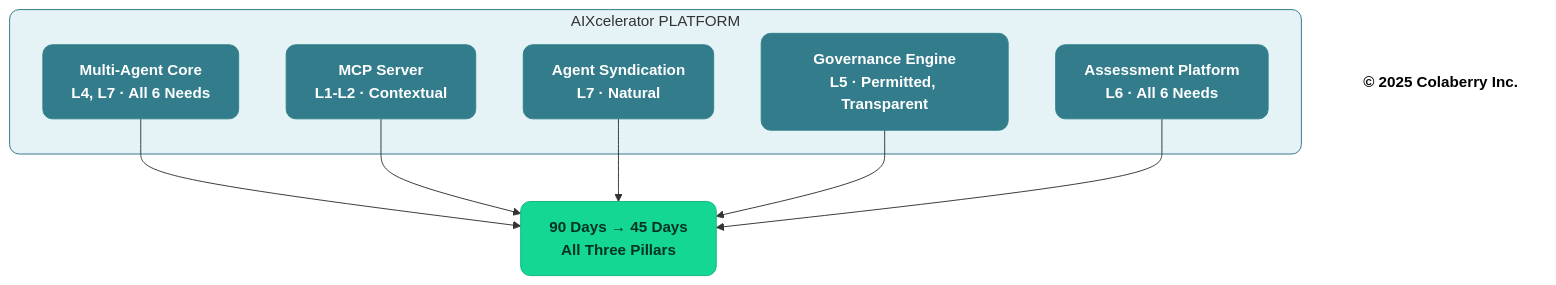
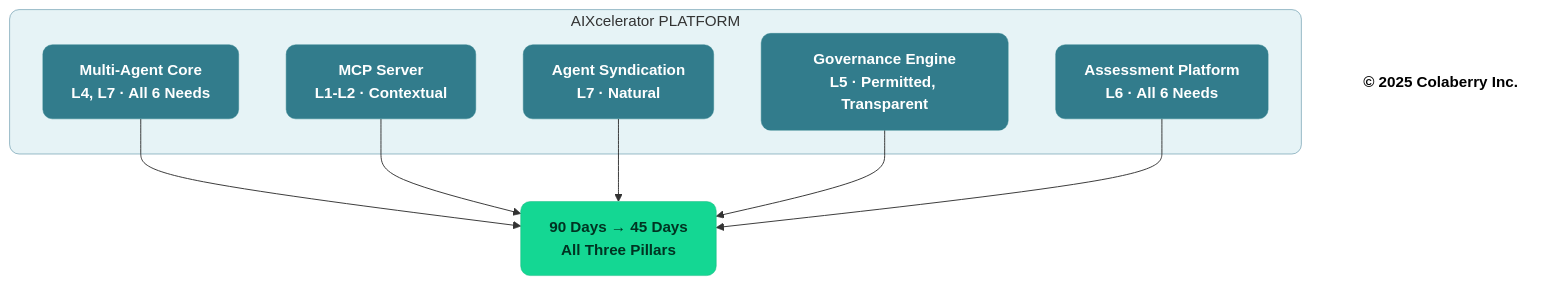
One commit to saitejesh-cyber/trust-before-intelligence-book changed the sixth of 6 diagrams in manuscript/13_chapter_12_running_agents_at_scale_v1_2.md. Above: the diagram before and after it, drawn with Mermaid. The commit also changed other lines of this file and 12 other files, not shown here.

Commit message:
Update stroke width to 0.5px instead of 1px to all the diagrams

````diff
--- a/manuscript/13_chapter_12_running_agents_at_scale_v1_2.md
+++ b/manuscript/13_chapter_12_running_agents_at_scale_v1_2.md
@@ -1160,27 +1160,27 @@
 ```mermaid
 graph TD
     subgraph PLATFORM["AIXcelerator PLATFORM"]
         C1["<b>Multi-Agent Core</b><br/><b>L4, L7 · All 6 Needs</b>"]
         C2["<b>MCP Server</b><br/><b>L1-L2 · Contextual</b>"]
         C3["<b>Agent Syndication</b><br/><b>L7 · Natural</b>"]
         C4["<b>Governance Engine</b><br/><b>L5 · Permitted, Transparent</b>"]
         C5["<b>Assessment Platform</b><br/><b>L6 · All 6 Needs</b>"]
     end
     
     C1 --> RESULT["<b>90 Days → 45 Days</b><br/><b>All Three Pillars</b>"]
     C2 --> RESULT
     C3 --> RESULT
     C4 --> RESULT
     C5 --> RESULT
     
     Copyright["<b>© 2025 Colaberry Inc.</b>"]
     
-    style PLATFORM fill:#E6F3F6,stroke:#32738C,stroke-width:1px,rx:10,ry:10
-    style C1 fill:#327C8C,stroke:#30838C,stroke-width:1px,color:#ffffff,rx:10,ry:10
-    style C2 fill:#327C8C,stroke:#30838C,stroke-width:1px,color:#ffffff,rx:10,ry:10
-    style C3 fill:#327C8C,stroke:#30838C,stroke-width:1px,color:#ffffff,rx:10,ry:10
-    style C4 fill:#327C8C,stroke:#30838C,stroke-width:1px,color:#ffffff,rx:10,ry:10
-    style C5 fill:#327C8C,stroke:#30838C,stroke-width:1px,color:#ffffff,rx:10,ry:10
-    style RESULT fill:#14D793,stroke:#0FB67D,stroke-width:1px,color:#003322,rx:10,ry:10
+    style PLATFORM fill:#E6F3F6,stroke:#32738C,stroke-width:0.5px,rx:10,ry:10
+    style C1 fill:#327C8C,stroke:#30838C,stroke-width:0.5px,color:#ffffff,rx:10,ry:10
+    style C2 fill:#327C8C,stroke:#30838C,stroke-width:0.5px,color:#ffffff,rx:10,ry:10
+    style C3 fill:#327C8C,stroke:#30838C,stroke-width:0.5px,color:#ffffff,rx:10,ry:10
+    style C4 fill:#327C8C,stroke:#30838C,stroke-width:0.5px,color:#ffffff,rx:10,ry:10
+    style C5 fill:#327C8C,stroke:#30838C,stroke-width:0.5px,color:#ffffff,rx:10,ry:10
+    style RESULT fill:#14D793,stroke:#0FB67D,stroke-width:0.5px,color:#003322,rx:10,ry:10
     style Copyright fill:none,stroke:none,color:#000000
 ```
````
